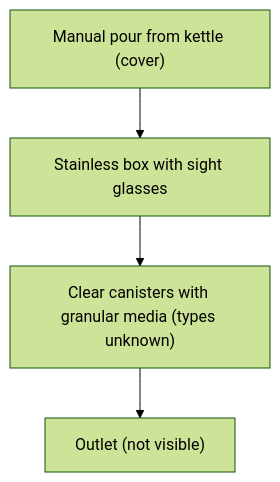
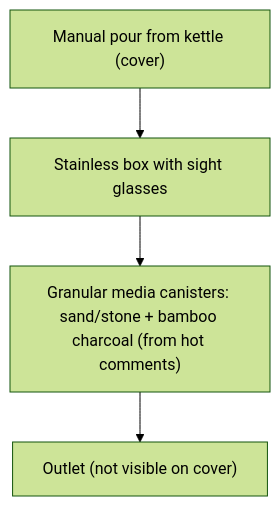
Before and after one commit to BassShang/diy-ro-water-purifier: the diagram in research/videos/04-BV1nGUYY9ES7.md, drawn with Mermaid (forest theme). The commit also changed other lines of this file and 1 other file, not shown here.

````diff
--- a/research/videos/04-BV1nGUYY9ES7.md
+++ b/research/videos/04-BV1nGUYY9ES7.md
@@ -23,6 +26,6 @@
 ```mermaid
 flowchart TD
   K["Manual pour from kettle (cover)"] --> BOX["Stainless box with sight glasses"]
-  BOX --> M["Clear canisters with granular media (types unknown)"]
-  M --> OUT["Outlet (not visible)"]
+  BOX --> M["Granular media canisters: sand/stone + bamboo charcoal (from hot comments)"]
+  M --> OUT["Outlet (not visible on cover)"]
 ```
````
